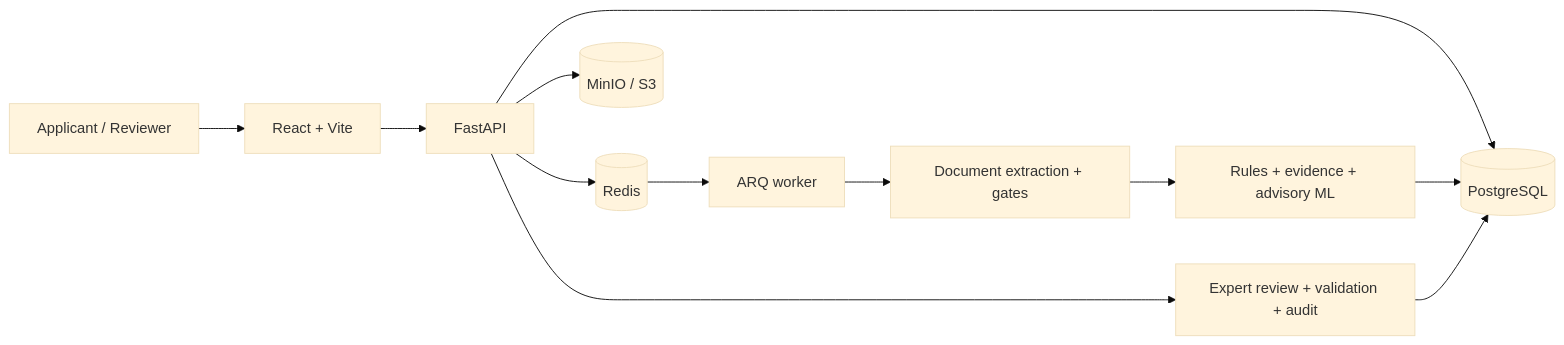
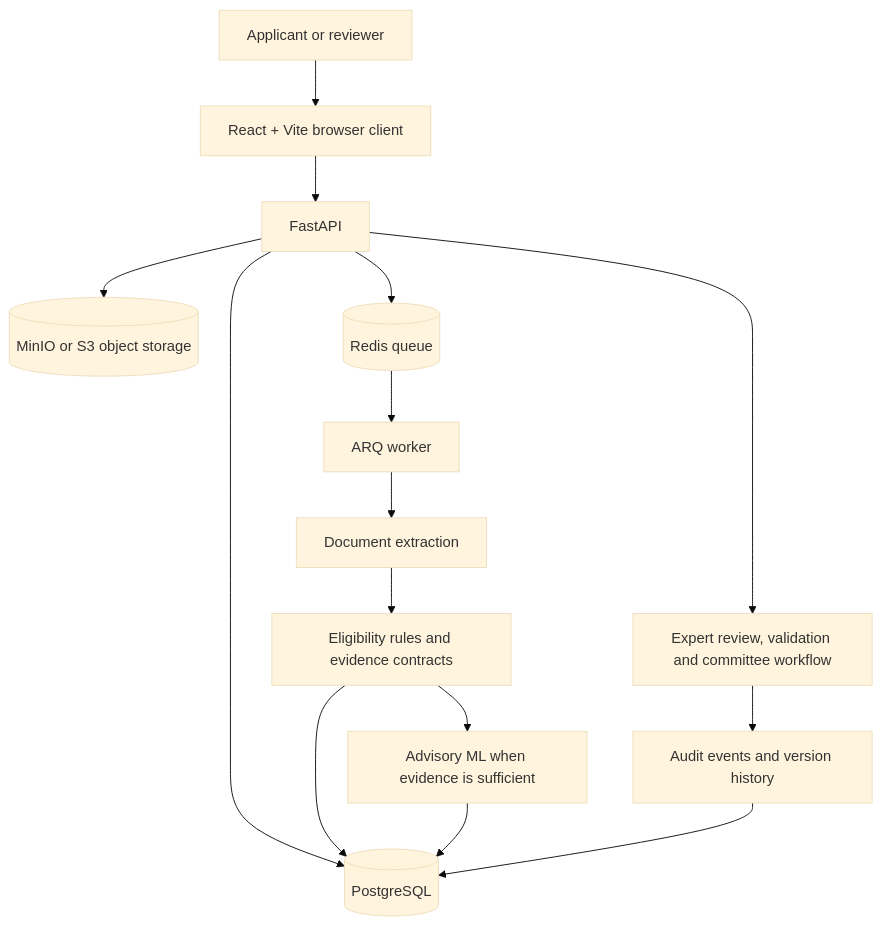
The second of 2 diagrams in README.md (himanshu051116/Algonauts-Mulyankan), drawn with Mermaid (base theme) before and after one commit. The commit also changed other lines of this file, not shown here.

````diff
--- a/README.md
+++ b/README.md
@@ -104,14 +136,17 @@
 ```mermaid
-flowchart LR
-    U[Applicant / Reviewer] --> F[React + Vite]
+flowchart TB
+    U[Applicant or reviewer] --> F[React + Vite browser client]
     F --> A[FastAPI]
     A --> P[(PostgreSQL)]
-    A --> R[(Redis)]
-    A --> S[(MinIO / S3)]
+    A --> S[(MinIO or S3 object storage)]
+    A --> R[(Redis queue)]
     R --> W[ARQ worker]
-    W --> D[Document extraction + gates]
-    D --> E[Rules + evidence + advisory ML]
-    E --> P
-    A --> H[Expert review + validation + audit]
-    H --> P
+    W --> X[Document extraction]
+    X --> G[Eligibility rules and evidence contracts]
+    G --> M[Advisory ML when evidence is sufficient]
+    G --> P
+    M --> P
+    A --> H[Expert review, validation and committee workflow]
+    H --> T[Audit events and version history]
+    T --> P
 ```
````
